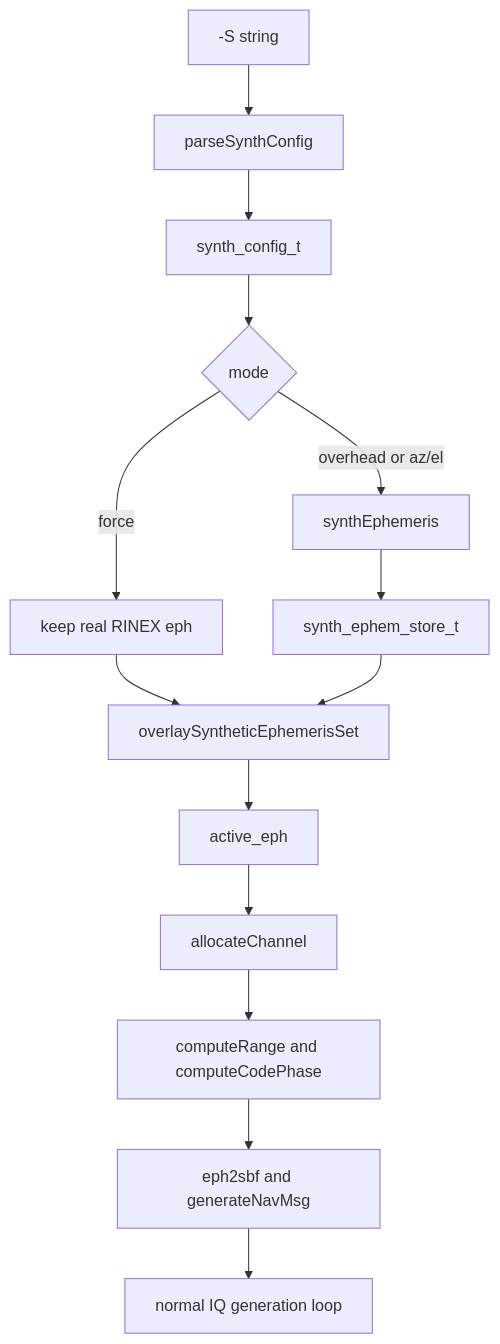
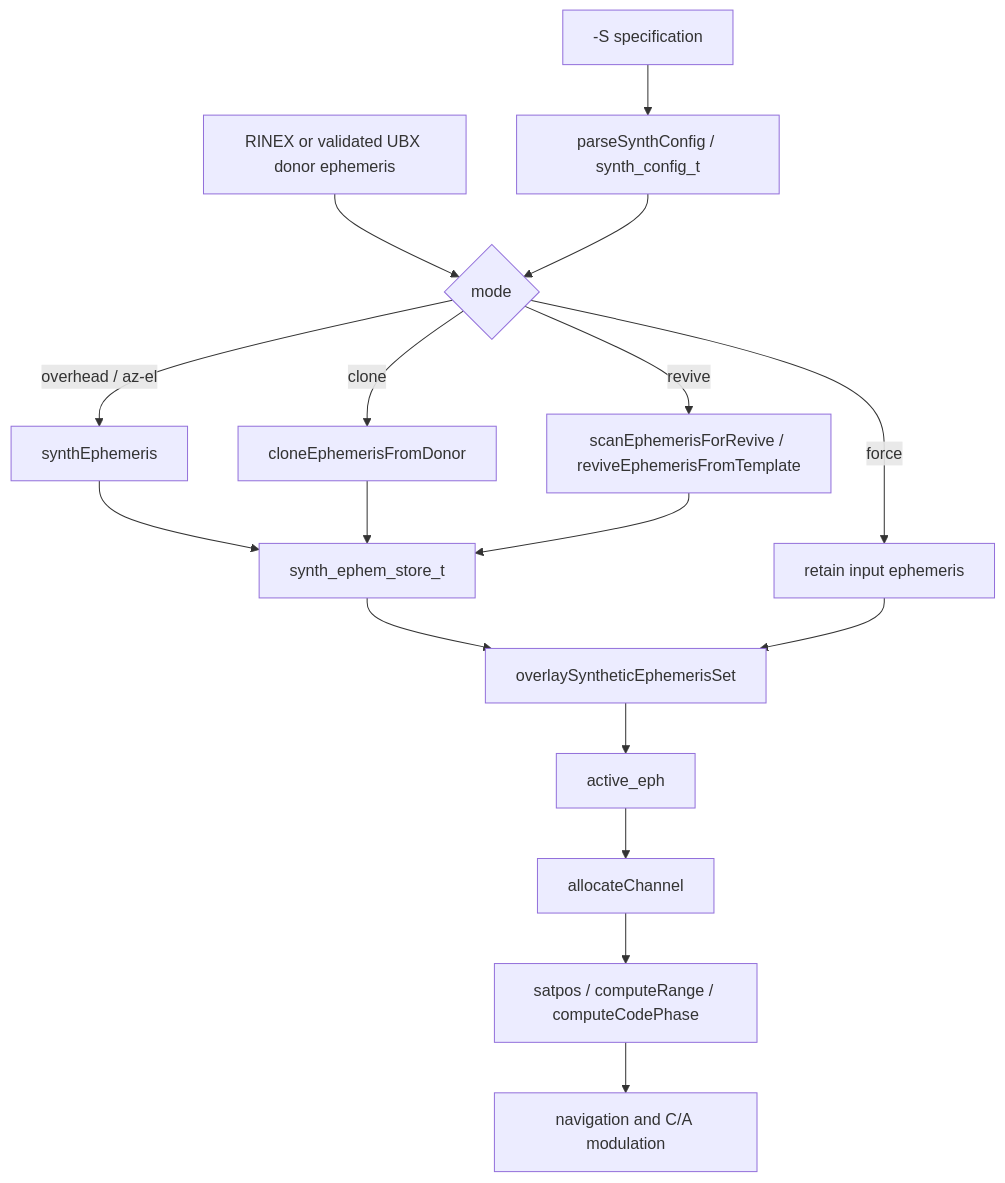
One commit to betty2310/gps-sdr-sim changed the diagram in docs/synthetic-satellites-implementation.md. Above: the diagram before and after it, drawn with Mermaid. The commit also changed other lines of this file and 69 other files, not shown here.

````diff
--- a/docs/synthetic-satellites-implementation.md
+++ b/docs/synthetic-satellites-implementation.md
@@ -66,16 +41,19 @@
-```mermaid
+~~~mermaid
 flowchart TD
-  A[-S string] --> B[parseSynthConfig]
-  B --> C[synth_config_t]
-  C --> D{mode}
-  D -->|force| E[keep real RINEX eph]
-  D -->|overhead or az/el| F[synthEphemeris]
-  F --> G[synth_ephem_store_t]
-  E --> H[overlaySyntheticEphemerisSet]
-  G --> H
-  H --> I[active_eph]
-  I --> J[allocateChannel]
-  J --> K[computeRange and computeCodePhase]
-  K --> L[eph2sbf and generateNavMsg]
-  L --> M[normal IQ generation loop]
-```
+    Args["-S specification"] --> Config["parseSynthConfig / synth_config_t"]
+    Input["RINEX or validated UBX donor ephemeris"] --> Mode
+    Config --> Mode{"mode"}
+    Mode -->|force| Keep["retain input ephemeris"]
+    Mode -->|overhead / az-el| Orbit["synthEphemeris"]
+    Mode -->|clone| Clone["cloneEphemerisFromDonor"]
+    Mode -->|revive| Revive["scanEphemerisForRevive / reviveEphemerisFromTemplate"]
+    Orbit --> Store["synth_ephem_store_t"]
+    Clone --> Store
+    Revive --> Store
+    Store --> Overlay["overlaySyntheticEphemerisSet"]
+    Keep --> Overlay
+    Overlay --> Active["active_eph"]
+    Active --> Channels["allocateChannel"]
+    Channels --> Model["satpos / computeRange / computeCodePhase"]
+    Model --> IQ["navigation and C/A modulation"]
+~~~
````
